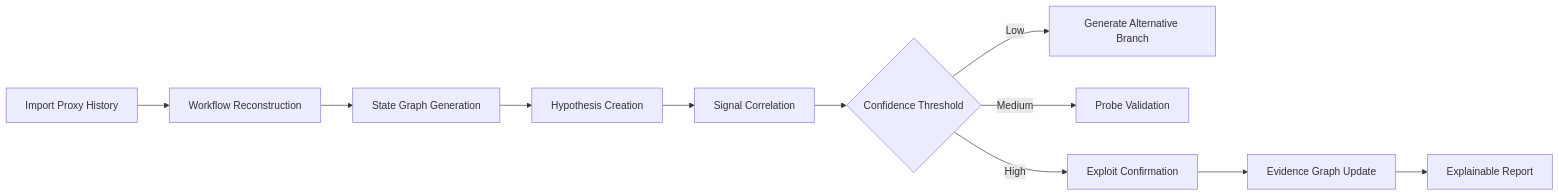
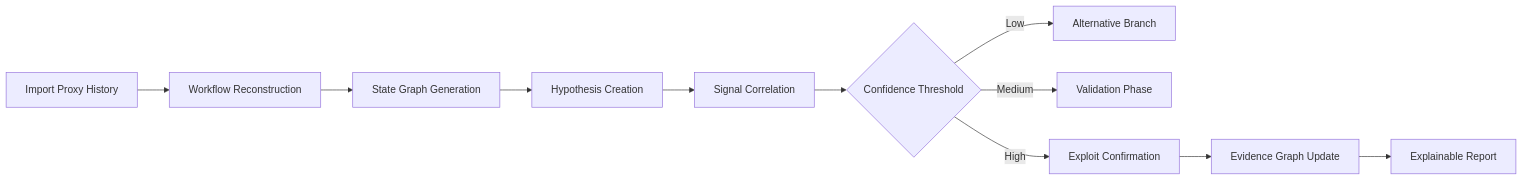
The second of 2 diagrams in README.md (majd102-p/LogicLlama-Your-Personal-Business-Logic-Mentor), drawn with Mermaid before and after one commit. The commit also changed other lines of this file, not shown here.

````diff
--- a/README.md
+++ b/README.md
@@ -552,15 +507,15 @@
 ```mermaid
 flowchart LR
     A[Import Proxy History] --> B[Workflow Reconstruction]
     B --> C[State Graph Generation]
     C --> D[Hypothesis Creation]
     D --> E[Signal Correlation]
     E --> F{Confidence Threshold}
 
-    F -->|Low| G[Generate Alternative Branch]
-    F -->|Medium| H[Probe Validation]
+    F -->|Low| G[Alternative Branch]
+    F -->|Medium| H[Validation Phase]
     F -->|High| I[Exploit Confirmation]
 
     I --> J[Evidence Graph Update]
     J --> K[Explainable Report]
 ```
````
